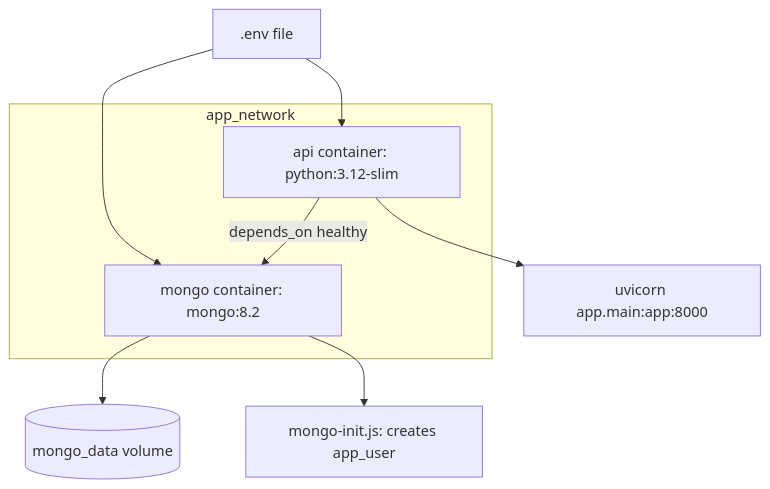
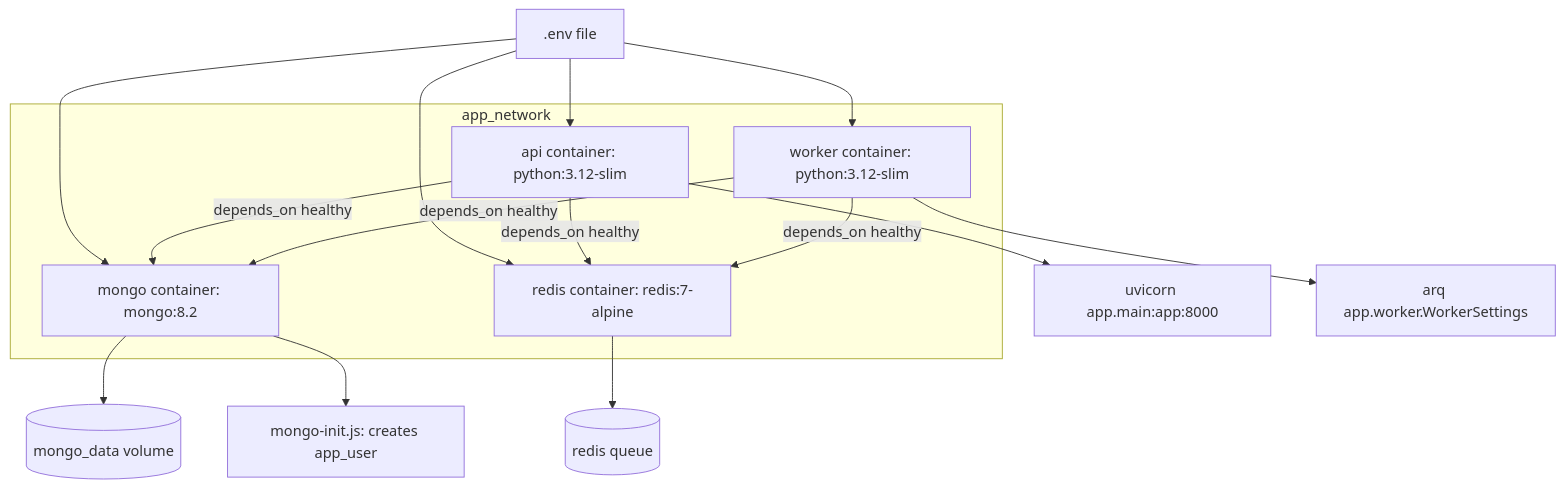
Before and after one commit to EladAriel/mini-agent-platform: the first of 13 diagrams in docs/architecture.md, drawn with Mermaid. The commit also changed other lines of this file and 53 other files, not shown here.

````diff
--- a/docs/architecture.md
+++ b/docs/architecture.md
@@ -9,16 +9,27 @@
 ```mermaid
 flowchart TD
     ENV[.env file] --> MC[mongo container: mongo:8.2]
     ENV --> AC[api container: python:3.12-slim]
+    ENV --> RC[redis container: redis:7-alpine]
+    ENV --> WC[worker container: python:3.12-slim]
 
     MC --> VOL[(mongo_data volume)]
     MC --> INIT[mongo-init.js: creates app_user]
 
     AC --> APP[uvicorn app.main:app:8000]
     AC -->|depends_on healthy| MC
+    AC -->|depends_on healthy| RC
+
+    RC --> RDATA[(redis queue)]
+
+    WC --> ARQ[arq app.worker.WorkerSettings]
+    WC -->|depends_on healthy| MC
+    WC -->|depends_on healthy| RC
 
     subgraph app_network
         MC
         AC
+        RC
+        WC
     end
 ```
````
